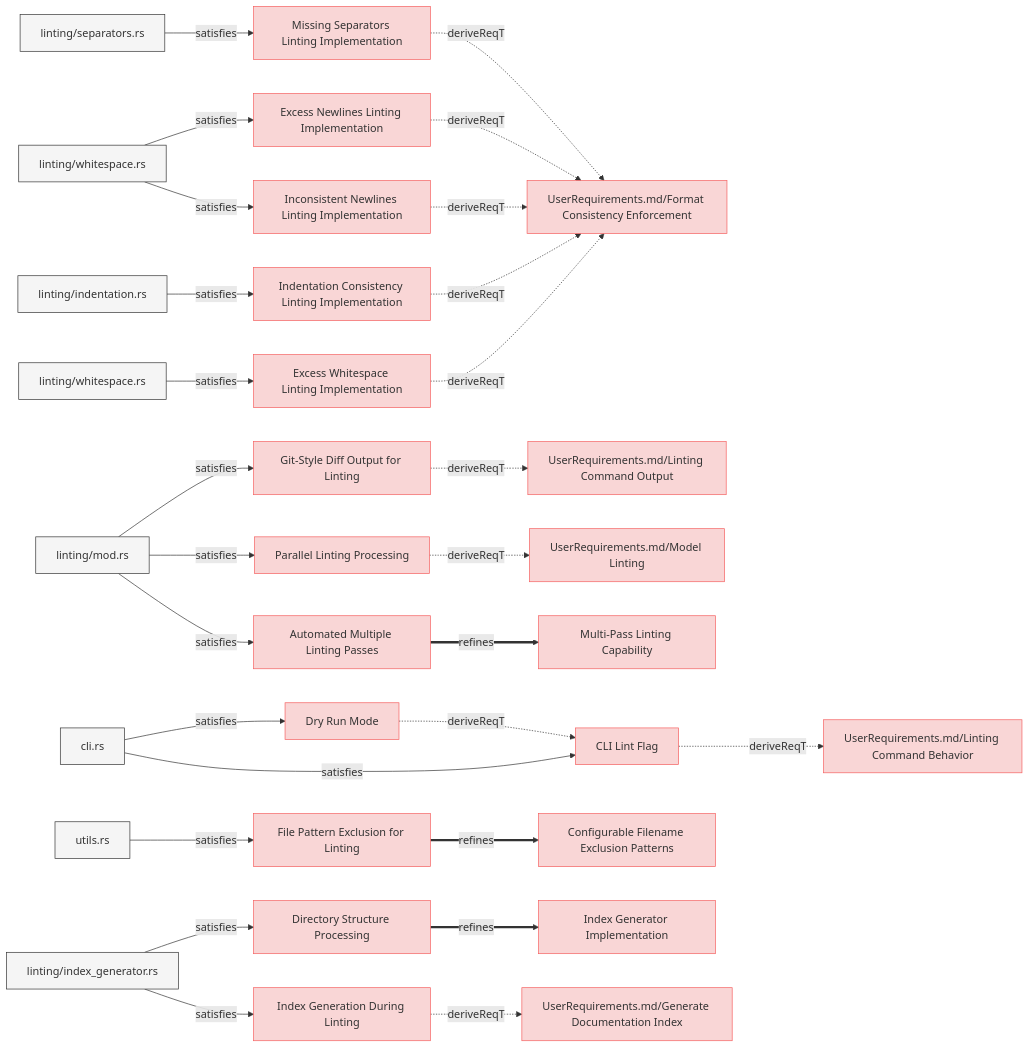
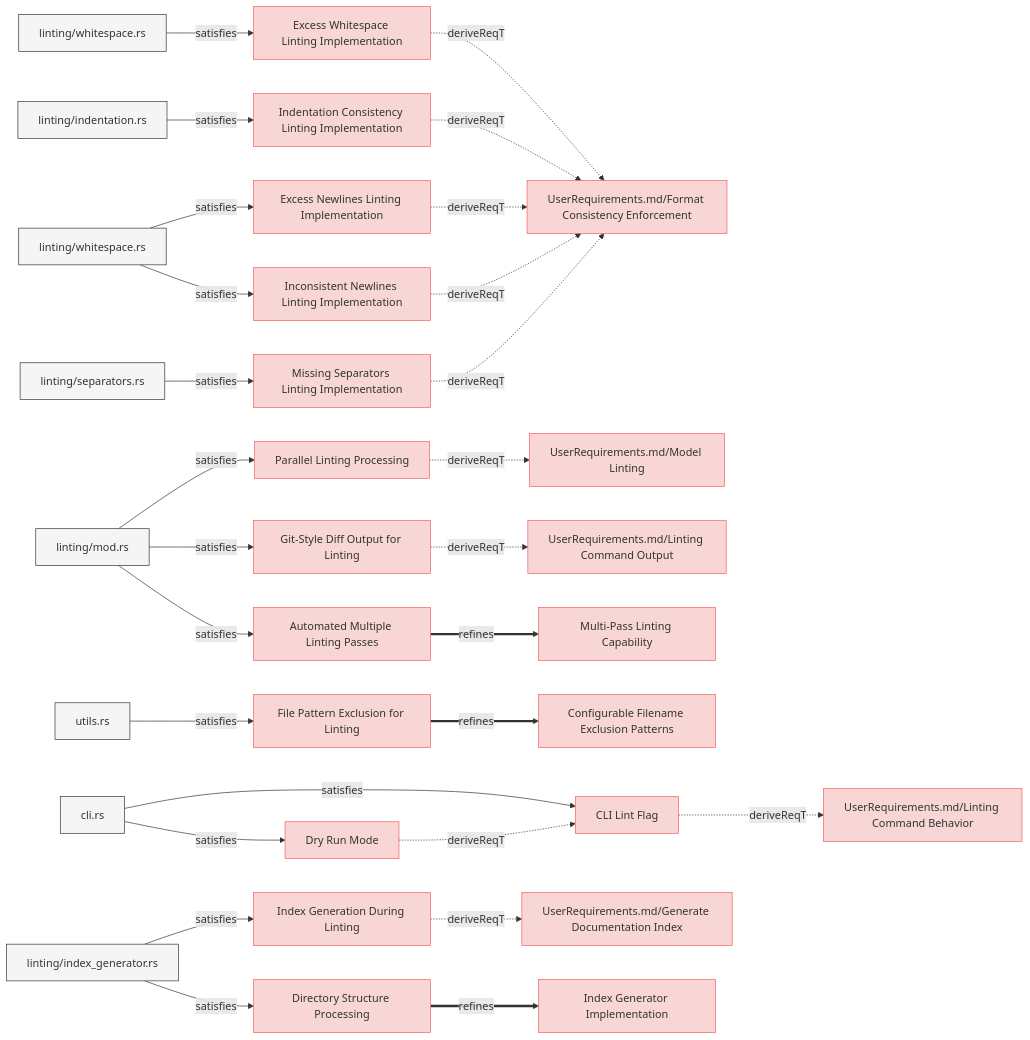
Before and after one commit to reqvire-org/reqvire: the first of 9 diagrams in specifications/SystemRequirements/Requirements.md, drawn with Mermaid. The commit also changed other lines of this file and 5 other files, not shown here.

Commit message:
Updates spec with diagrams

````diff
--- a/specifications/SystemRequirements/Requirements.md
+++ b/specifications/SystemRequirements/Requirements.md
@@ -9,6 +9,28 @@
   classDef externalLink fill:#d0e0ff,stroke:#3080ff,stroke-width:1px;
   classDef default fill:#f5f5f5,stroke:#333333,stroke-width:1px;
 
+  66aa36deca["Parallel Linting Processing"];
+  click 66aa36deca "Requirements.md#parallel-linting-processing";
+  class 66aa36deca requirement;
+  103ddb8dc3["UserRequirements.md/Model Linting"];
+  class 103ddb8dc3 requirement;
+  click 103ddb8dc3 "../UserRequirements.md#model-linting";
+  66aa36deca -.->|deriveReqT| 103ddb8dc3;
+  3c61a8f8d3["linting/mod.rs"];
+  class 3c61a8f8d3 default;
+  click 3c61a8f8d3 "../../src/linting/mod.rs";
+  3c61a8f8d3 -->|satisfies| 66aa36deca;
+  3f3d3f9ccb["Excess Whitespace Linting Implementation"];
+  click 3f3d3f9ccb "Requirements.md#excess-whitespace-linting-implementation";
+  class 3f3d3f9ccb requirement;
+  81758bdb22["UserRequirements.md/Format Consistency Enforcement"];
+  class 81758bdb22 requirement;
+  click 81758bdb22 "../UserRequirements.md#format-consistency-enforcement";
+  3f3d3f9ccb -.->|deriveReqT| 81758bdb22;
+  defc3a45e2["linting/whitespace.rs"];
+  class defc3a45e2 default;
+  click defc3a45e2 "../../src/linting/whitespace.rs";
+  defc3a45e2 -->|satisfies| 3f3d3f9ccb;
   63f1cd4974["Git-Style Diff Output for Linting"];
   click 63f1cd4974 "Requirements.md#git-style-diff-output-for-linting";
   class 63f1cd4974 requirement;
@@ -16,40 +38,7 @@
   class 808b1863c8 requirement;
   click 808b1863c8 "../UserRequirements.md#linting-command-output";
   63f1cd4974 -.->|deriveReqT| 808b1863c8;
-  3c61a8f8d3["linting/mod.rs"];
-  class 3c61a8f8d3 default;
-  click 3c61a8f8d3 "../../src/linting/mod.rs";
   3c61a8f8d3 -->|satisfies| 63f1cd4974;
-  106181e9df["Excess Newlines Linting Implementation"];
-  click 106181e9df "Requirements.md#excess-newlines-linting-implementation";
-  class 106181e9df requirement;
-  81758bdb22["UserRequirements.md/Format Consistency Enforcement"];
-  class 81758bdb22 requirement;
-  click 81758bdb22 "../UserRequirements.md#format-consistency-enforcement";
-  106181e9df -.->|deriveReqT| 81758bdb22;
-  adb880afe2["linting/whitespace.rs"];
-  class adb880afe2 default;
-  click adb880afe2 "../../src/linting/newlines.rs";
-  adb880afe2 -->|satisfies| 106181e9df;
-  8f2198f681["Dry Run Mode"];
-  click 8f2198f681 "Requirements.md#dry-run-mode";
-  class 8f2198f681 requirement;
-  fffbb22796["CLI Lint Flag"];
-  class fffbb22796 requirement;
-  click fffbb22796 "Requirements.md#cli-lint-flag";
-  8f2198f681 -.->|deriveReqT| fffbb22796;
-  6b749da146["cli.rs"];
-  class 6b749da146 default;
-  click 6b749da146 "../../src/cli.rs";
-  6b749da146 -->|satisfies| 8f2198f681;
-  dd0846393d["Missing Separators Linting Implementation"];
-  click dd0846393d "Requirements.md#missing-separators-linting-implementation";
-  class dd0846393d requirement;
-  dd0846393d -.->|deriveReqT| 81758bdb22;
-  b90e4bcdd6["linting/separators.rs"];
-  class b90e4bcdd6 default;
-  click b90e4bcdd6 "../../src/linting/separators.rs";
-  b90e4bcdd6 -->|satisfies| dd0846393d;
   45770e9b31["File Pattern Exclusion for Linting"];
   click 45770e9b31 "Requirements.md#file-pattern-exclusion-for-linting";
   class 45770e9b31 requirement;
@@ -61,6 +50,22 @@
   class 5962484230 default;
   click 5962484230 "../../src/utils.rs";
   5962484230 -->|satisfies| 45770e9b31;
+  ec14dc67ea["Automated Multiple Linting Passes"];
+  click ec14dc67ea "Requirements.md#automated-multiple-linting-passes";
+  class ec14dc67ea requirement;
+  feb2e14e3b["Multi-Pass Linting Capability"];
+  class feb2e14e3b requirement;
+  click feb2e14e3b "Requirements.md#multi-pass-linting-capability";
+  ec14dc67ea ==>|refines| feb2e14e3b;
+  3c61a8f8d3 -->|satisfies| ec14dc67ea;
+  106181e9df["Excess Newlines Linting Implementation"];
+  click 106181e9df "Requirements.md#excess-newlines-linting-implementation";
+  class 106181e9df requirement;
+  106181e9df -.->|deriveReqT| 81758bdb22;
+  adb880afe2["linting/whitespace.rs"];
+  class adb880afe2 default;
+  click adb880afe2 "../../src/linting/newlines.rs";
+  adb880afe2 -->|satisfies| 106181e9df;
   3efb9595f2["Indentation Consistency Linting Implementation"];
   click 3efb9595f2 "Requirements.md#indentation-consistency-linting-implementation";
   class 3efb9595f2 requirement;
@@ -69,22 +74,41 @@
   class 5604a53ad3 default;
   click 5604a53ad3 "../../src/linting/indentation.rs";
   5604a53ad3 -->|satisfies| 3efb9595f2;
-  66aa36deca["Parallel Linting Processing"];
-  click 66aa36deca "Requirements.md#parallel-linting-processing";
-  class 66aa36deca requirement;
-  103ddb8dc3["UserRequirements.md/Model Linting"];
-  class 103ddb8dc3 requirement;
-  click 103ddb8dc3 "../UserRequirements.md#model-linting";
-  66aa36deca -.->|deriveReqT| 103ddb8dc3;
-  3c61a8f8d3 -->|satisfies| 66aa36deca;
-  ec14dc67ea["Automated Multiple Linting Passes"];
-  click ec14dc67ea "Requirements.md#automated-multiple-linting-passes";
-  class ec14dc67ea requirement;
-  feb2e14e3b["Multi-Pass Linting Capability"];
-  class feb2e14e3b requirement;
-  click feb2e14e3b "Requirements.md#multi-pass-linting-capability";
-  ec14dc67ea ==>|refines| feb2e14e3b;
-  3c61a8f8d3 -->|satisfies| ec14dc67ea;
+  fffbb22796["CLI Lint Flag"];
+  click fffbb22796 "Requirements.md#cli-lint-flag";
+  class fffbb22796 requirement;
+  887a7d36ca["UserRequirements.md/Linting Command Behavior"];
+  class 887a7d36ca requirement;
+  click 887a7d36ca "../UserRequirements.md#linting-command";
+  fffbb22796 -.->|deriveReqT| 887a7d36ca;
+  6b749da146["cli.rs"];
+  class 6b749da146 default;
+  click 6b749da146 "../../src/cli.rs";
+  6b749da146 -->|satisfies| fffbb22796;
+  74344124a8["Index Generation During Linting"];
+  click 74344124a8 "Requirements.md#index-generation-during-linting";
+  class 74344124a8 requirement;
+  f5b5eaeb28["UserRequirements.md/Generate Documentation Index"];
+  class f5b5eaeb28 requirement;
+  click f5b5eaeb28 "../UserRequirements.md#generate-documentation-index";
+  74344124a8 -.->|deriveReqT| f5b5eaeb28;
+  58ac33706d["linting/index_generator.rs"];
+  class 58ac33706d default;
+  click 58ac33706d "../../src/linting/index_generator.rs";
+  58ac33706d -->|satisfies| 74344124a8;
+  dd0846393d["Missing Separators Linting Implementation"];
+  click dd0846393d "Requirements.md#missing-separators-linting-implementation";
+  class dd0846393d requirement;
+  dd0846393d -.->|deriveReqT| 81758bdb22;
+  b90e4bcdd6["linting/separators.rs"];
+  class b90e4bcdd6 default;
+  click b90e4bcdd6 "../../src/linting/separators.rs";
+  b90e4bcdd6 -->|satisfies| dd0846393d;
+  6e1435ad10["Inconsistent Newlines Linting Implementation"];
+  click 6e1435ad10 "Requirements.md#inconsistent-newlines-linting-implementation";
+  class 6e1435ad10 requirement;
+  6e1435ad10 -.->|deriveReqT| 81758bdb22;
+  adb880afe2 -->|satisfies| 6e1435ad10;
   d93eda81e3["Directory Structure Processing"];
   click d93eda81e3 "Requirements.md#directory-structure-processing";
   class d93eda81e3 requirement;
@@ -92,34 +116,10 @@
   class ec70b05609 requirement;
   click ec70b05609 "Requirements.md#index-generator-implementation";
   d93eda81e3 ==>|refines| ec70b05609;
-  58ac33706d["linting/index_generator.rs"];
-  class 58ac33706d default;
-  click 58ac33706d "../../src/linting/index_generator.rs";
   58ac33706d -->|satisfies| d93eda81e3;
-  3f3d3f9ccb["Excess Whitespace Linting Implementation"];
-  click 3f3d3f9ccb "Requirements.md#excess-whitespace-linting-implementation";
-  class 3f3d3f9ccb requirement;
-  3f3d3f9ccb -.->|deriveReqT| 81758bdb22;
-  defc3a45e2["linting/whitespace.rs"];
-  class defc3a45e2 default;
-  click defc3a45e2 "../../src/linting/whitespace.rs";
-  defc3a45e2 -->|satisfies| 3f3d3f9ccb;
-  6e1435ad10["Inconsistent Newlines Linting Implementation"];
-  click 6e1435ad10 "Requirements.md#inconsistent-newlines-linting-implementation";
-  class 6e1435ad10 requirement;
-  6e1435ad10 -.->|deriveReqT| 81758bdb22;
-  adb880afe2 -->|satisfies| 6e1435ad10;
-  74344124a8["Index Generation During Linting"];
-  click 74344124a8 "Requirements.md#index-generation-during-linting";
-  class 74344124a8 requirement;
-  f5b5eaeb28["UserRequirements.md/Generate Documentation Index"];
-  class f5b5eaeb28 requirement;
-  click f5b5eaeb28 "../UserRequirements.md#generate-documentation-index";
-  74344124a8 -.->|deriveReqT| f5b5eaeb28;
-  58ac33706d -->|satisfies| 74344124a8;
-  887a7d36ca["UserRequirements.md/Linting Command Behavior"];
-  class 887a7d36ca requirement;
-  click 887a7d36ca "../UserRequirements.md#linting-command";
-  fffbb22796 -.->|deriveReqT| 887a7d36ca;
-  6b749da146 -->|satisfies| fffbb22796;
+  8f2198f681["Dry Run Mode"];
+  click 8f2198f681 "Requirements.md#dry-run-mode";
+  class 8f2198f681 requirement;
+  8f2198f681 -.->|deriveReqT| fffbb22796;
+  6b749da146 -->|satisfies| 8f2198f681;
 ```
````
